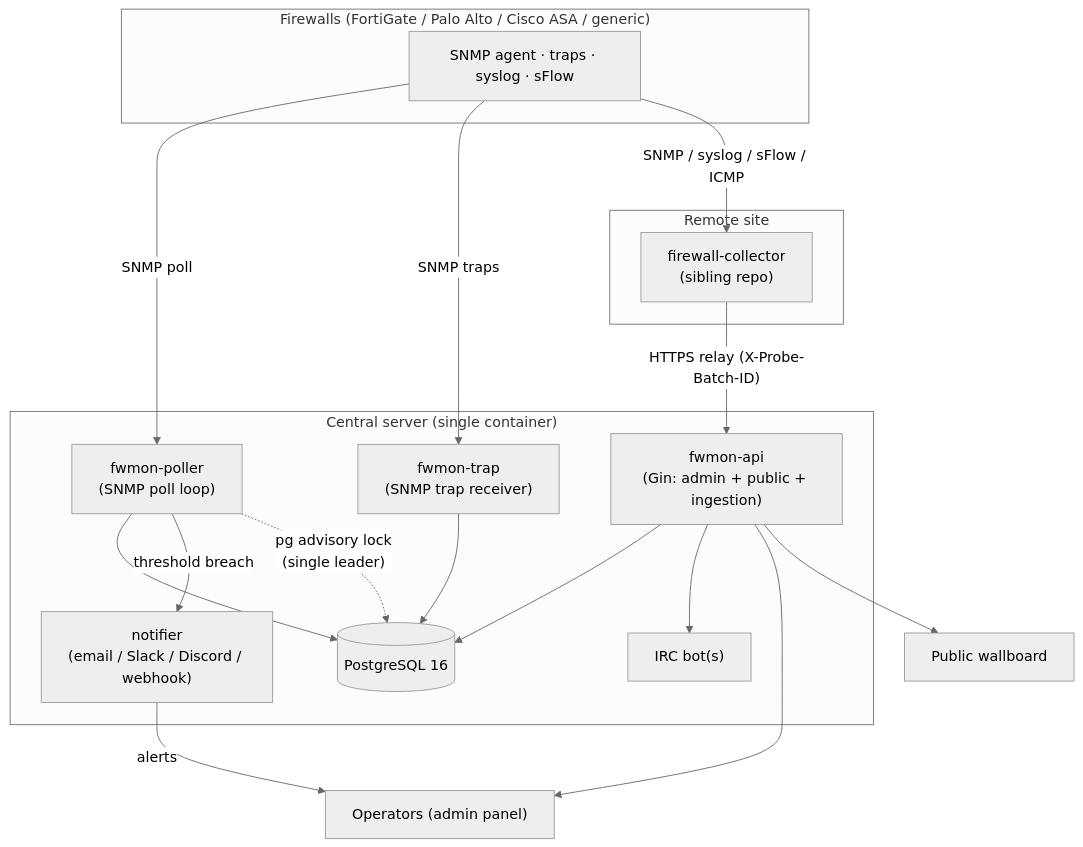
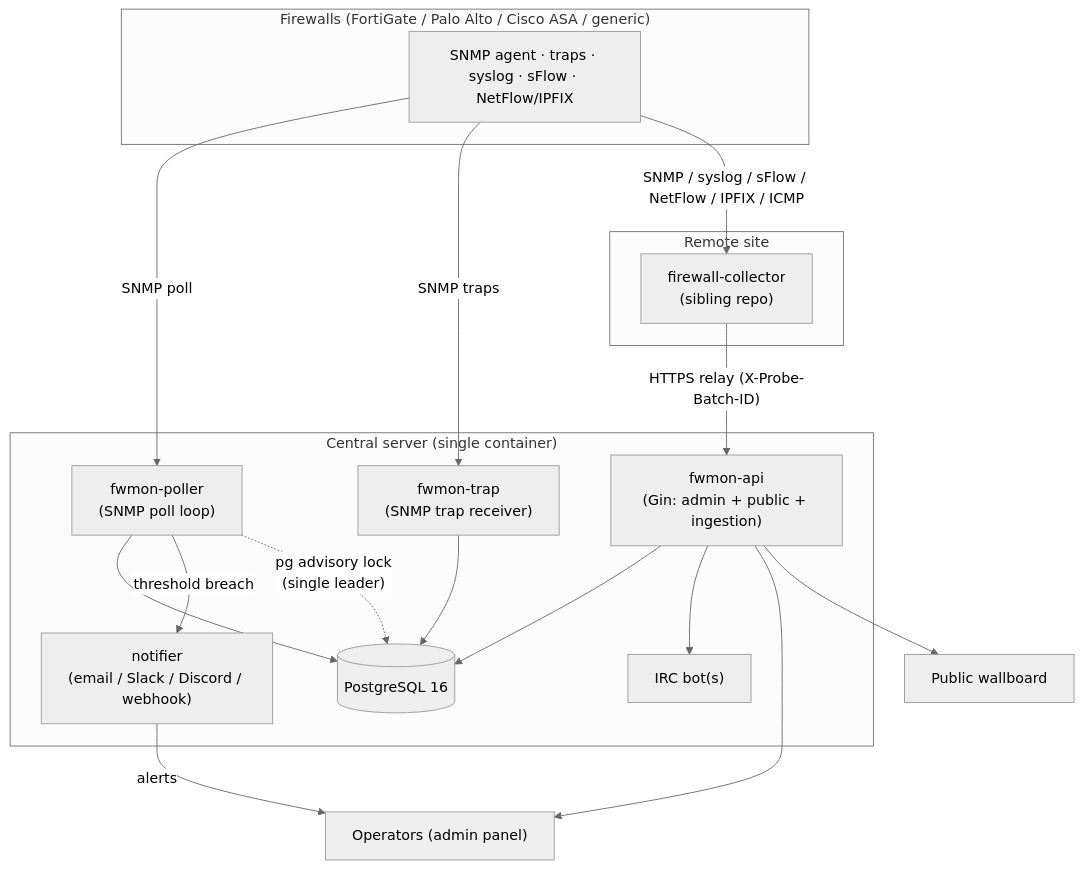
The first of 4 diagrams in docs/architecture.md (xphox2/Firewall-Monitoring), drawn with Mermaid (neutral theme) before and after one commit. The commit also changed 21 other files, not shown here.

Commit message:
Add NetFlow v5/v9 + IPFIX server-side ingestion: migration v29, source labeling, denied-flow events, dual-export warning (v0.11.20)

````diff
--- a/docs/architecture.md
+++ b/docs/architecture.md
@@ -15,38 +15,38 @@
 ```mermaid
 flowchart TB
     subgraph firewalls["Firewalls (FortiGate / Palo Alto / Cisco ASA / generic)"]
-        FW["SNMP agent · traps · syslog · sFlow"]
+        FW["SNMP agent · traps · syslog · sFlow · NetFlow/IPFIX"]
     end
 
     subgraph site["Remote site"]
         PROBE["firewall-collector<br/>(sibling repo)"]
     end
 
     subgraph server["Central server (single container)"]
         API["fwmon-api<br/>(Gin: admin + public + ingestion)"]
         POLLER["fwmon-poller<br/>(SNMP poll loop)"]
         TRAP["fwmon-trap<br/>(SNMP trap receiver)"]
         DB[("PostgreSQL 16")]
         IRC["IRC bot(s)"]
         NOTIF["notifier<br/>(email / Slack / Discord / webhook)"]
     end
 
     USERS["Operators (admin panel)"]
     WALL["Public wallboard"]
 
     FW -- "SNMP poll" --> POLLER
     FW -- "SNMP traps" --> TRAP
-    FW -- "SNMP / syslog / sFlow / ICMP" --> PROBE
+    FW -- "SNMP / syslog / sFlow / NetFlow / IPFIX / ICMP" --> PROBE
     PROBE -- "HTTPS relay (X-Probe-Batch-ID)" --> API
 
     POLLER --> DB
     TRAP --> DB
     API --> DB
     POLLER -- "threshold breach" --> NOTIF
     API --> IRC
     NOTIF -- "alerts" --> USERS
     API --> USERS
     API --> WALL
 
     POLLER -. "pg advisory lock<br/>(single leader)" .-> DB
 ```
````
